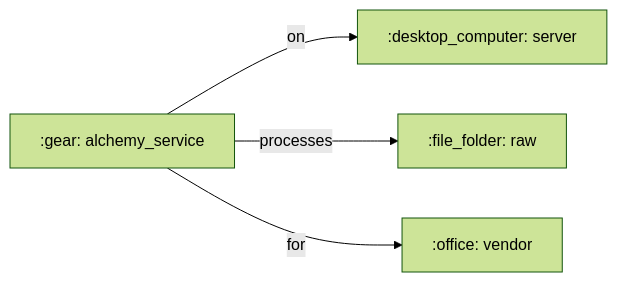
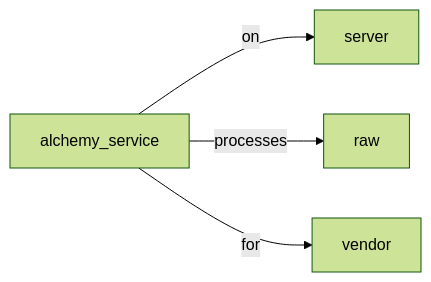
One commit to ThanuMahee12/AgentContext changed the eighth of 22 diagrams in docs/brainstorms/investigation-db.md. Above: the diagram before and after it, drawn with Mermaid (forest theme). The commit also changed other lines of this file, not shown here.

Commit message:
docs: remove emoji shortcodes from mermaid diagrams

````diff
--- a/docs/brainstorms/investigation-db.md
+++ b/docs/brainstorms/investigation-db.md
@@ -198,6 +198,6 @@
 ```mermaid
 flowchart LR
-    SVC[":gear: alchemy_service"] -->|on| S[":desktop_computer: server"]
-    SVC -->|processes| R[":file_folder: raw"]
-    SVC -->|for| V[":office: vendor"]
+    SVC["alchemy_service"] -->|on| S["server"]
+    SVC -->|processes| R["raw"]
+    SVC -->|for| V["vendor"]
 ```
````
